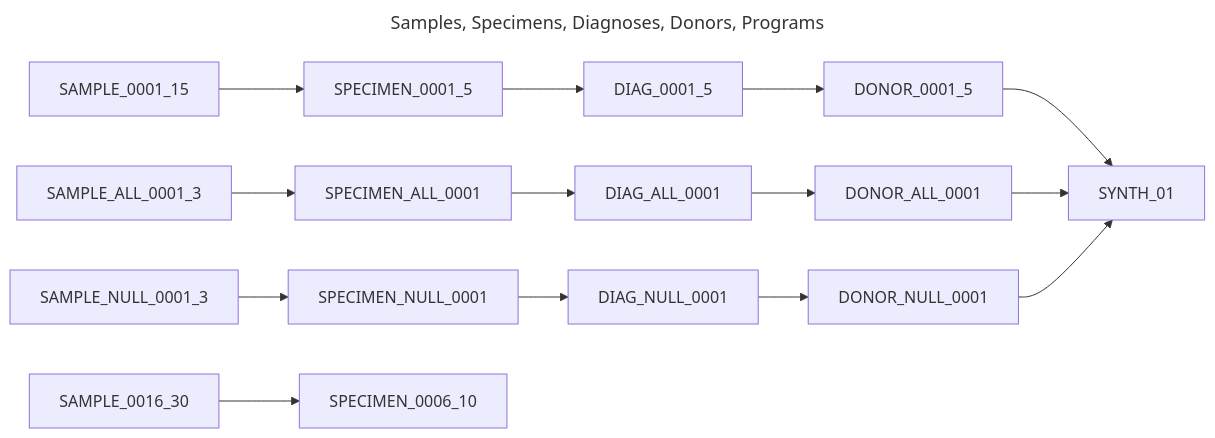
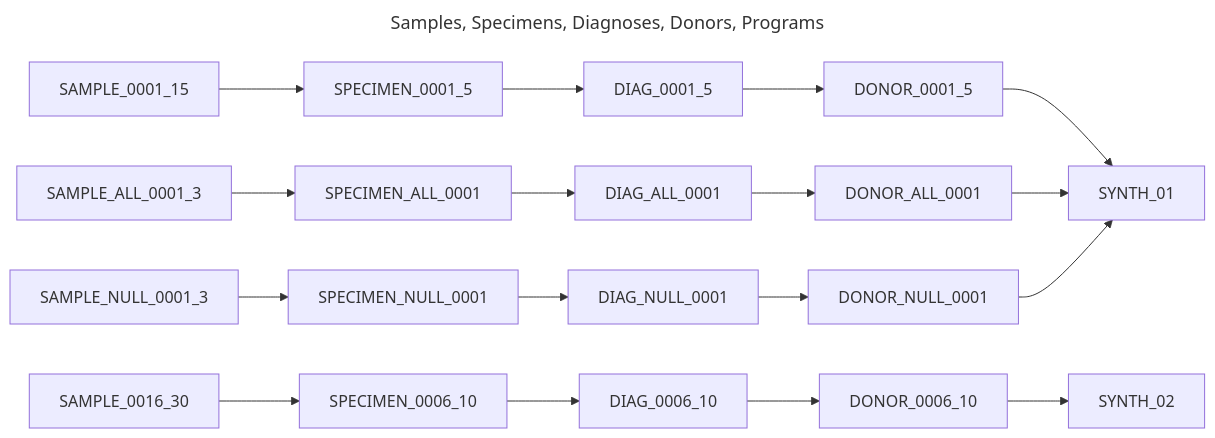
Before and after one commit to CanDIG/katsu: the first of 9 diagrams in chord_metadata_service/mohpackets/data/extra_small_dataset/README.md, drawn with Mermaid. The commit also changed other lines of this file, not shown here.

Commit message:
another graph fix

````diff
--- a/chord_metadata_service/mohpackets/data/extra_small_dataset/README.md
+++ b/chord_metadata_service/mohpackets/data/extra_small_dataset/README.md
@@ -22,13 +22,14 @@
 ```mermaid
 ---
 title: Samples, Specimens, Diagnoses, Donors, Programs
 ---
 graph LR;  
-  SPECIMEN_0001_5 --> DIAG_0001_5 --> DONOR_0001_5 --> SYNTH_01;  
+  SPECIMEN_0001_5 --> DIAG_0001_5 --> DONOR_0001_5 --> SYNTH_01;
+  SPECIMEN_0006_10 --> DIAG_0006_10 --> DONOR_0006_10 --> SYNTH_02;  
   SPECIMEN_ALL_0001 --> DIAG_ALL_0001 --> DONOR_ALL_0001 --> SYNTH_01;
   SPECIMEN_NULL_0001 --> DIAG_NULL_0001 --> DONOR_NULL_0001 --> SYNTH_01;
   SAMPLE_0001_15--> SPECIMEN_0001_5;
   SAMPLE_0016_30--> SPECIMEN_0006_10;
   SAMPLE_ALL_0001_3--> SPECIMEN_ALL_0001;
   SAMPLE_NULL_0001_3--> SPECIMEN_NULL_0001;
 ```
````
